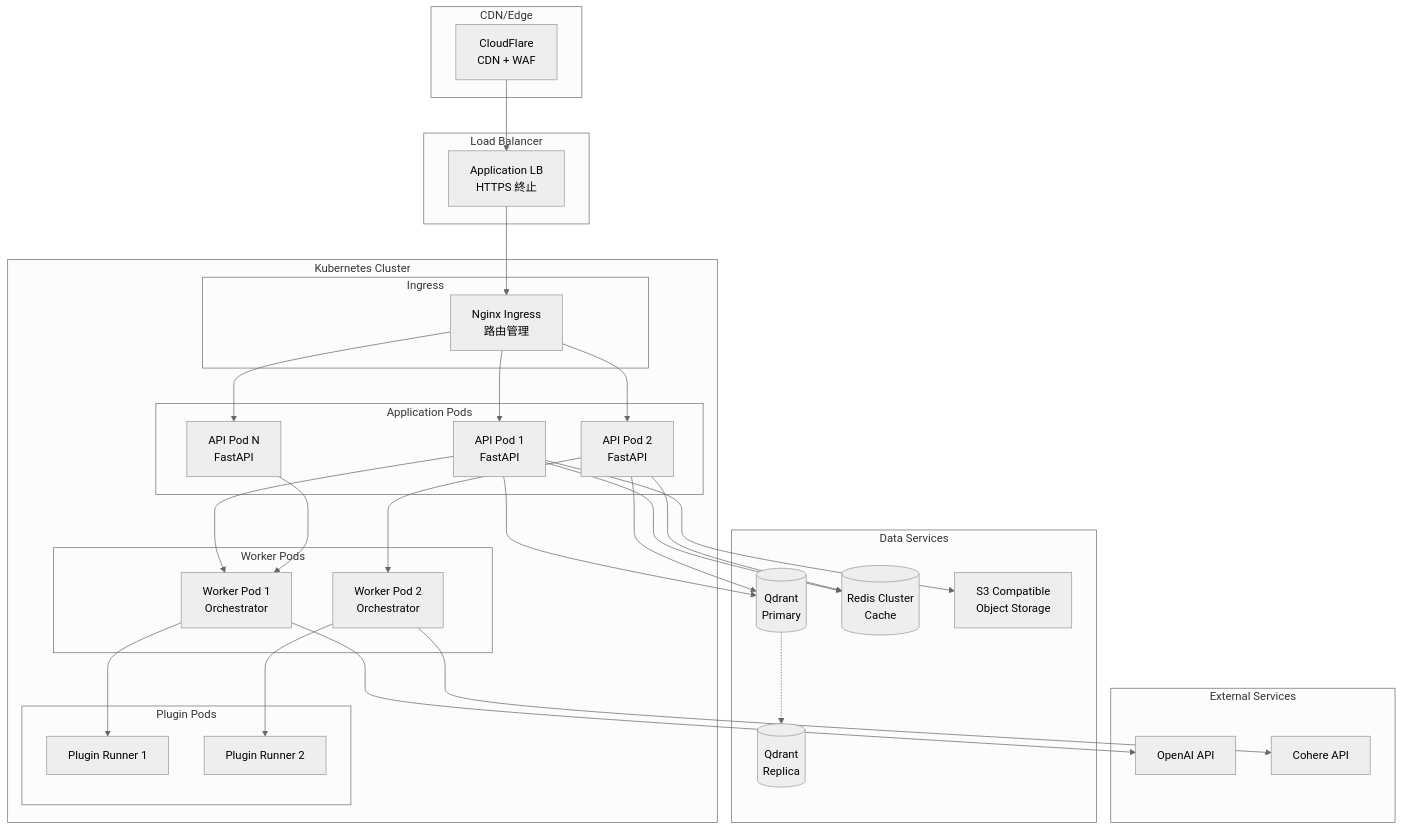
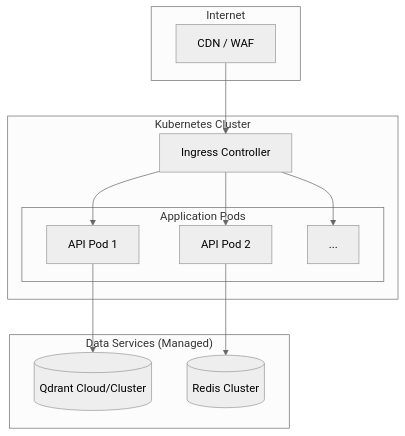
The sixth of 7 diagrams in Architecture_Refactoring_Toolkit/project_docs/06_architecture_and_design_document.md (Zenobia000/openagent_backend), drawn with Mermaid (neutral theme) before and after one commit. The commit also changed other lines of this file and 5 other files, not shown here.

````diff
--- a/Architecture_Refactoring_Toolkit/project_docs/06_architecture_and_design_document.md
+++ b/Architecture_Refactoring_Toolkit/project_docs/06_architecture_and_design_document.md
@@ -510,68 +303,23 @@
 ```mermaid
 graph TB
-    subgraph "CDN/Edge"
-        CF[CloudFlare<br/>CDN + WAF]
+    subgraph "Internet"
+        CDN[CDN / WAF]
     end
-
-    subgraph "Load Balancer"
-        ALB[Application LB<br/>HTTPS 終止]
-    end
-
     subgraph "Kubernetes Cluster"
-        subgraph "Ingress"
-            Nginx[Nginx Ingress<br/>路由管理]
-        end
-
+        Ingress[Ingress Controller]
         subgraph "Application Pods"
-            API1[API Pod 1<br/>FastAPI]
-            API2[API Pod 2<br/>FastAPI]
-            API3[API Pod N<br/>FastAPI]
-        end
-
-        subgraph "Worker Pods"
-            Worker1[Worker Pod 1<br/>Orchestrator]
-            Worker2[Worker Pod 2<br/>Orchestrator]
-        end
-
-        subgraph "Plugin Pods"
-            Plugin1[Plugin Runner 1]
-            Plugin2[Plugin Runner 2]
+            APIPod1[API Pod 1]
+            APIPod2[API Pod 2]
+            APIPodN[...]
         end
     end
-
-    subgraph "Data Services"
-        Qdrant1[(Qdrant<br/>Primary)]
-        Qdrant2[(Qdrant<br/>Replica)]
-        Redis[(Redis Cluster<br/>Cache)]
-        S3[S3 Compatible<br/>Object Storage]
+    subgraph "Data Services (Managed)"
+        QdrantCluster[(Qdrant Cloud/Cluster)]
+        RedisCluster[(Redis Cluster)]
     end
-
-    subgraph "External Services"
-        OpenAI[OpenAI API]
-        Cohere[Cohere API]
-    end
-
-    CF --> ALB
-    ALB --> Nginx
-    Nginx --> API1
-    Nginx --> API2
-    Nginx --> API3
-
-    API1 --> Worker1
-    API2 --> Worker2
-    API3 --> Worker1
-
-    Worker1 --> Plugin1
-    Worker2 --> Plugin2
-
-    API1 --> Qdrant1
-    API2 --> Qdrant1
-    Qdrant1 -.-> Qdrant2
-
-    API1 --> Redis
-    API2 --> Redis
-
-    API1 --> S3
-    Worker1 --> OpenAI
-    Worker2 --> Cohere
+    CDN --> Ingress --> APIPod1
+    Ingress --> APIPod2
+    Ingress --> APIPodN
+    APIPod1 --> QdrantCluster
+    APIPod2 --> RedisCluster
 ```
````
